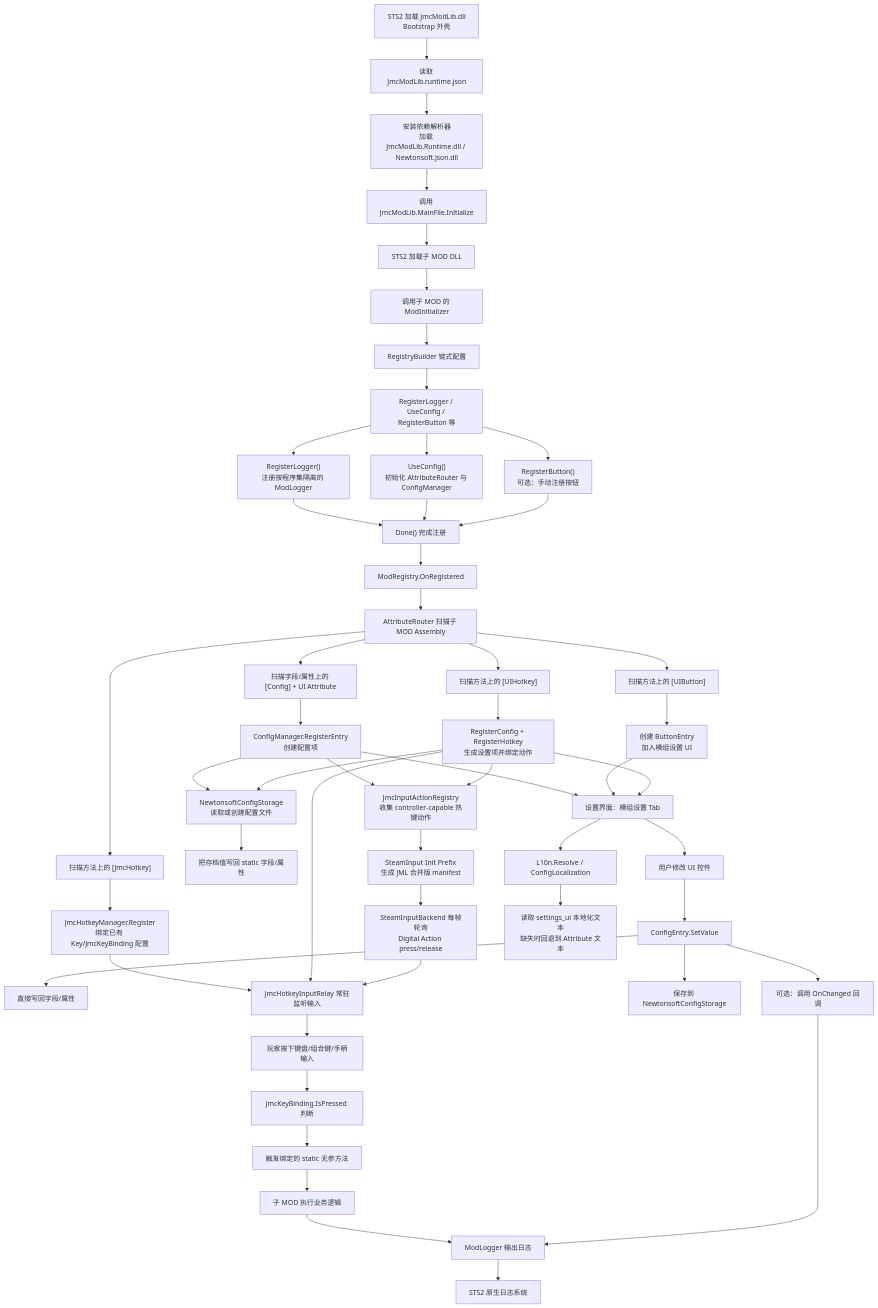
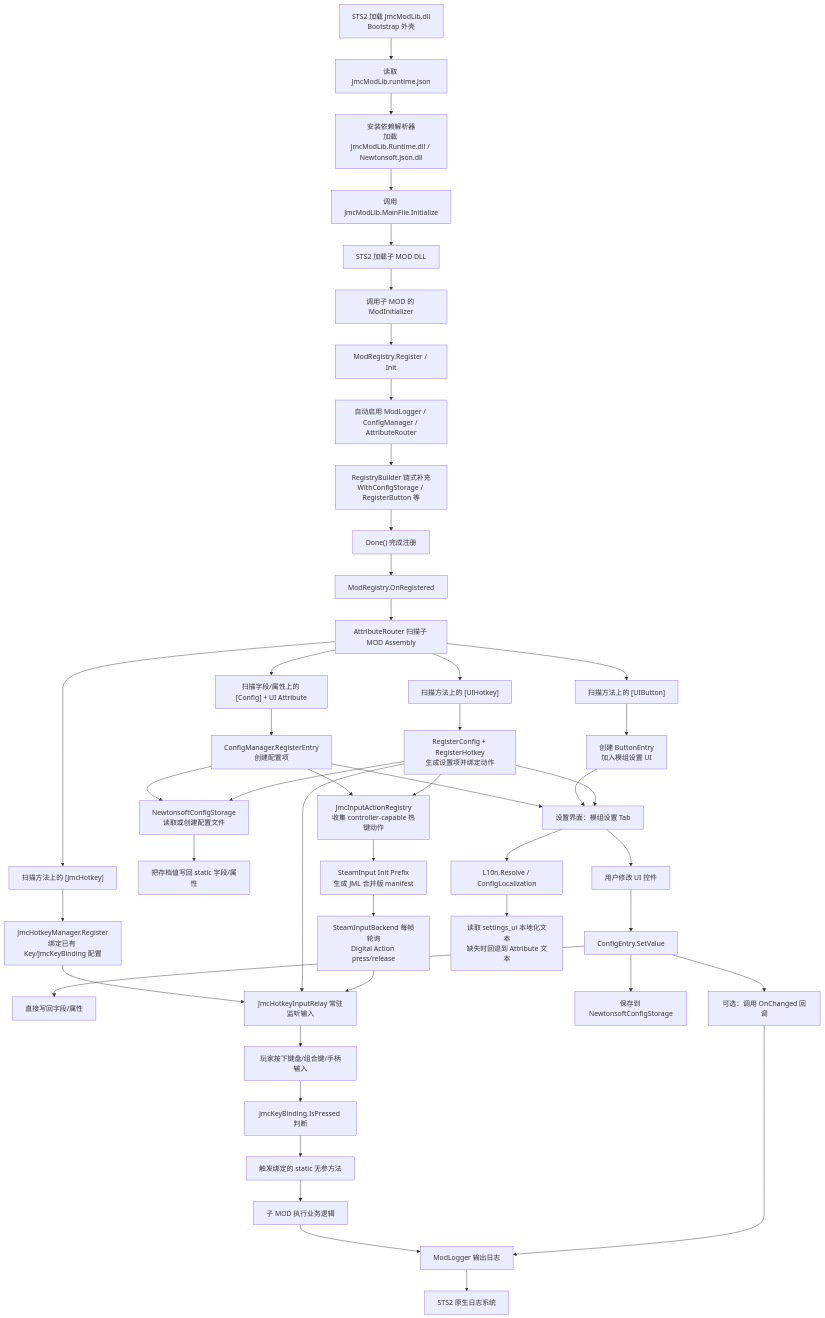
The first of 2 diagrams in docs/JmcModLib_STS2_API.md (JMC2002/SlayTheSpire2_JmcModLib), drawn with Mermaid before and after one commit. The commit also changed other lines of this file and 17 other files, not shown here.

````diff
--- a/docs/JmcModLib_STS2_API.md
+++ b/docs/JmcModLib_STS2_API.md
@@ -34,65 +34,59 @@
 ```mermaid
 flowchart TD
     A0["STS2 加载 JmcModLib.dll<br/>Bootstrap 外壳"] --> A1["读取 JmcModLib.runtime.json"]
     A1 --> A2["安装依赖解析器<br/>加载 JmcModLib.Runtime.dll / Newtonsoft.Json.dll"]
     A2 --> A3["调用 JmcModLib.MainFile.Initialize"]
     A3 --> A4["STS2 加载子 MOD DLL"]
     A4 --> B["调用子 MOD 的 ModInitializer"]
-    B --> C["RegistryBuilder 链式配置"]
-    C --> D["RegisterLogger / UseConfig / RegisterButton 等"]
-
-    D --> D1["RegisterLogger()<br/>注册按程序集隔离的 ModLogger"]
-    D --> D2["UseConfig()<br/>初始化 AttributeRouter 与 ConfigManager"]
-    D --> D3["RegisterButton()<br/>可选：手动注册按钮"]
-
+    B --> C["ModRegistry.Register / Init"]
+    C --> D["自动启用 ModLogger / ConfigManager / AttributeRouter"]
+    D --> D1["RegistryBuilder 链式补充<br/>WithConfigStorage / RegisterButton 等"]
     D1 --> E["Done() 完成注册"]
-    D2 --> E
-    D3 --> E
 
     E --> F["ModRegistry.OnRegistered"]
     F --> G["AttributeRouter 扫描子 MOD Assembly"]
 
     G --> H1["扫描字段/属性上的 [Config] + UI Attribute"]
     G --> H2["扫描方法上的 [UIButton]"]
     G --> H3["扫描方法上的 [JmcHotkey]"]
     G --> H4["扫描方法上的 [UIHotkey]"]
 
     H1 --> I1["ConfigManager.RegisterEntry<br/>创建配置项"]
     H2 --> I2["创建 ButtonEntry<br/>加入模组设置 UI"]
     H3 --> I3["JmcHotkeyManager.Register<br/>绑定已有 Key/JmcKeyBinding 配置"]
     H4 --> I4["RegisterConfig + RegisterHotkey<br/>生成设置项并绑定动作"]
 
     I1 --> J["NewtonsoftConfigStorage<br/>读取或创建配置文件"]
     I4 --> J
     J --> K["把存档值写回 static 字段/属性"]
 
     I1 --> SI0["JmcInputActionRegistry<br/>收集 controller-capable 热键动作"]
     I4 --> SI0
     SI0 --> SI1["SteamInput Init Prefix<br/>生成 JML 合并版 manifest"]
     SI1 --> SI2["SteamInputBackend 每帧轮询<br/>Digital Action press/release"]
 
     I1 --> L["设置界面：模组设置 Tab"]
     I2 --> L
     I4 --> L
 
     L --> M["用户修改 UI 控件"]
     M --> N["ConfigEntry.SetValue"]
     N --> O["直接写回字段/属性"]
     N --> P["可选：调用 OnChanged 回调"]
     N --> Q["保存到 NewtonsoftConfigStorage"]
 
     I3 --> R["JmcHotkeyInputRelay 常驻监听输入"]
     I4 --> R
     SI2 --> R
     R --> S["玩家按下键盘/组合键/手柄输入"]
     S --> T["JmcKeyBinding.IsPressed 判断"]
     T --> U["触发绑定的 static 无参方法"]
     U --> V["子 MOD 执行业务逻辑"]
 
     V --> W["ModLogger 输出日志"]
     P --> W
     W --> X["STS2 原生日志系统"]
 
     L --> Y["L10n.Resolve / ConfigLocalization"]
     Y --> Z["读取 settings_ui 本地化文本<br/>缺失时回退到 Attribute 文本"]
 ```
````
